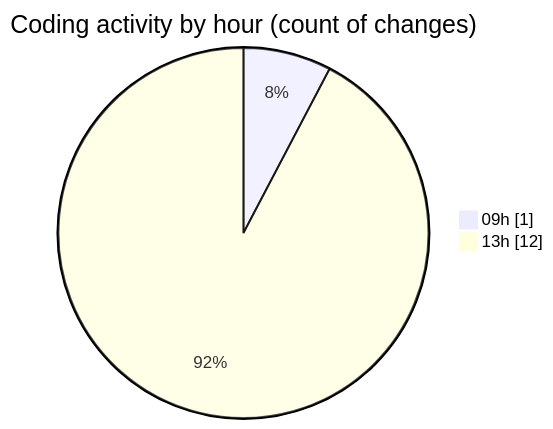
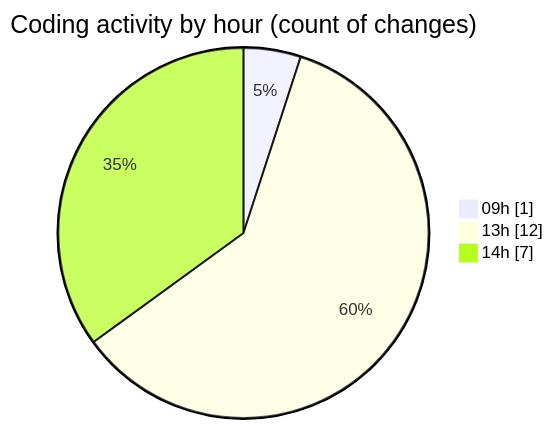
One commit to Elitesun/code-tracking changed the second of 2 diagrams in 2025-05-21/niten/README.md. Above: the diagram before and after it, drawn with Mermaid. The commit also changed other lines of this file and 1 other file, not shown here.

````diff
--- a/2025-05-21/niten/README.md
+++ b/2025-05-21/niten/README.md
@@ -38,6 +41,7 @@
 ```mermaid
 pie showData
 title Coding activity by hour (count of changes)
 "09h" : 1
 "13h" : 12
+"14h" : 7
 ```
````
